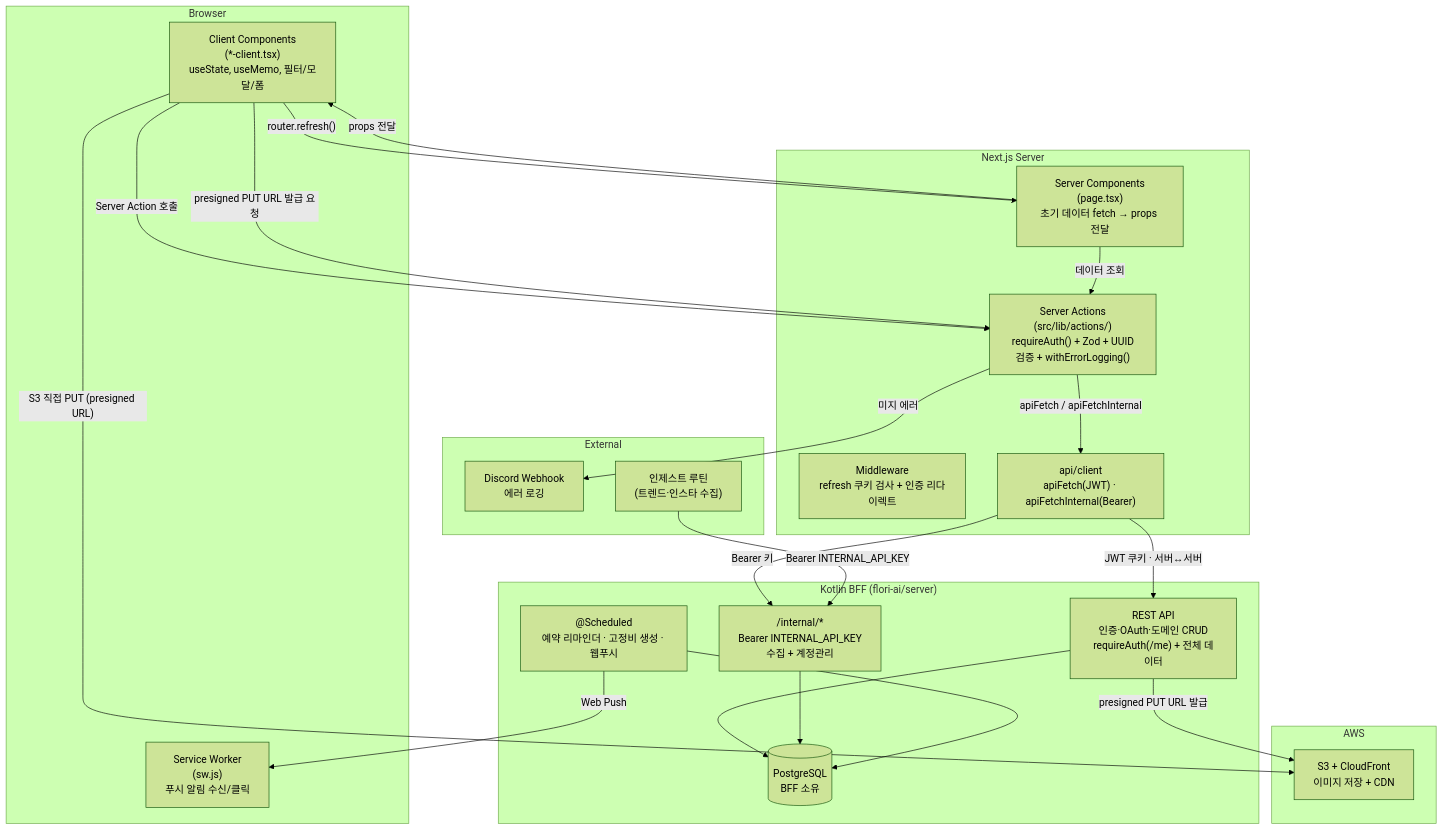
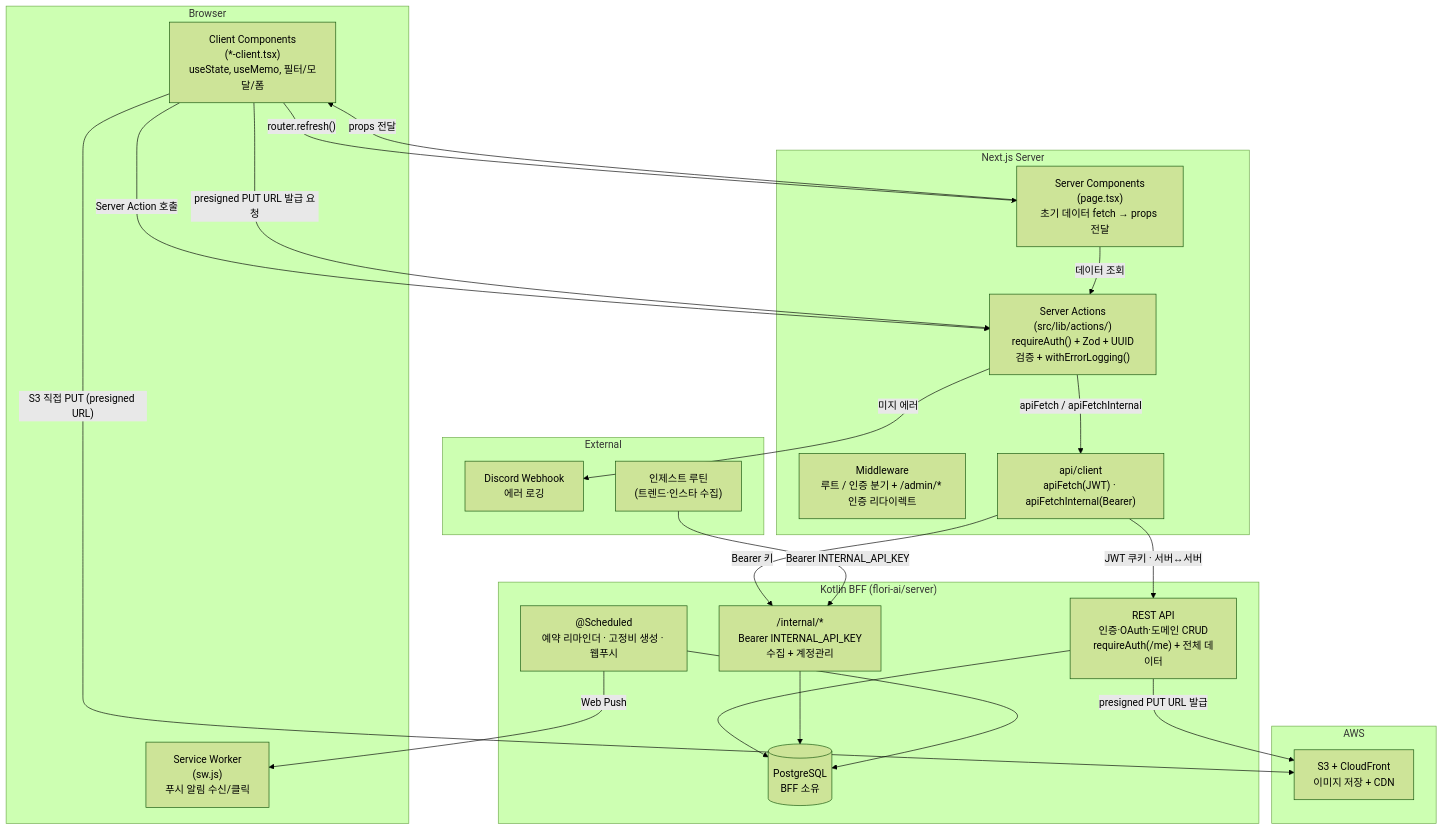
Before and after one commit to flori-ai-kr/web: the first of 5 diagrams in docs/ARCHITECTURE.md, drawn with Mermaid (forest theme). The commit also changed other lines of this file and 43 other files, not shown here.

````diff
--- a/docs/ARCHITECTURE.md
+++ b/docs/ARCHITECTURE.md
@@ -11,47 +11,47 @@
 ```mermaid
 graph TB
     subgraph Browser
         CC["Client Components<br/>(*-client.tsx)<br/>useState, useMemo, 필터/모달/폼"]
         SW["Service Worker<br/>(sw.js)<br/>푸시 알림 수신/클릭"]
     end
 
     subgraph NextServer["Next.js Server"]
-        MW["Middleware<br/>refresh 쿠키 검사 + 인증 리다이렉트"]
+        MW["Middleware<br/>루트 / 인증 분기 + /admin/* 인증 리다이렉트"]
         SC["Server Components<br/>(page.tsx)<br/>초기 데이터 fetch → props 전달"]
         SA["Server Actions<br/>(src/lib/actions/)<br/>requireAuth() + Zod + UUID검증 + withErrorLogging()"]
         AC["api/client<br/>apiFetch(JWT) · apiFetchInternal(Bearer)"]
     end
 
     subgraph External
         DC["Discord Webhook<br/>에러 로깅"]
         RT["인제스트 루틴<br/>(트렌드·인스타 수집)"]
     end
 
     subgraph KotlinBFF["Kotlin BFF (flori-ai/server)"]
         KAPI["REST API<br/>인증·OAuth·도메인 CRUD<br/>requireAuth(/me) + 전체 데이터"]
         KINT["/internal/*<br/>Bearer INTERNAL_API_KEY<br/>수집 + 계정관리"]
         KSCHED["@Scheduled<br/>예약 리마인더 · 고정비 생성 · 웹푸시"]
         PG[("PostgreSQL<br/>BFF 소유")]
     end
 
     subgraph AWS
         S3["S3 + CloudFront<br/>이미지 저장 + CDN"]
     end
 
     CC -->|"Server Action 호출"| SA
     CC -->|"presigned PUT URL 발급 요청"| SA
     CC -->|"S3 직접 PUT (presigned URL)"| S3
     CC -->|"router.refresh()"| SC
     SC -->|"props 전달"| CC
     SC -->|"데이터 조회"| SA
     SA -->|"apiFetch / apiFetchInternal"| AC
     AC -->|"JWT 쿠키 · 서버↔서버"| KAPI
     AC -->|"Bearer 키"| KINT
     SA -->|"미지 에러"| DC
     KAPI --> PG
     KAPI -->|"presigned PUT URL 발급"| S3
     KINT --> PG
     KSCHED --> PG
     KSCHED -->|"Web Push"| SW
     RT -->|"Bearer INTERNAL_API_KEY"| KINT
 ```
````
